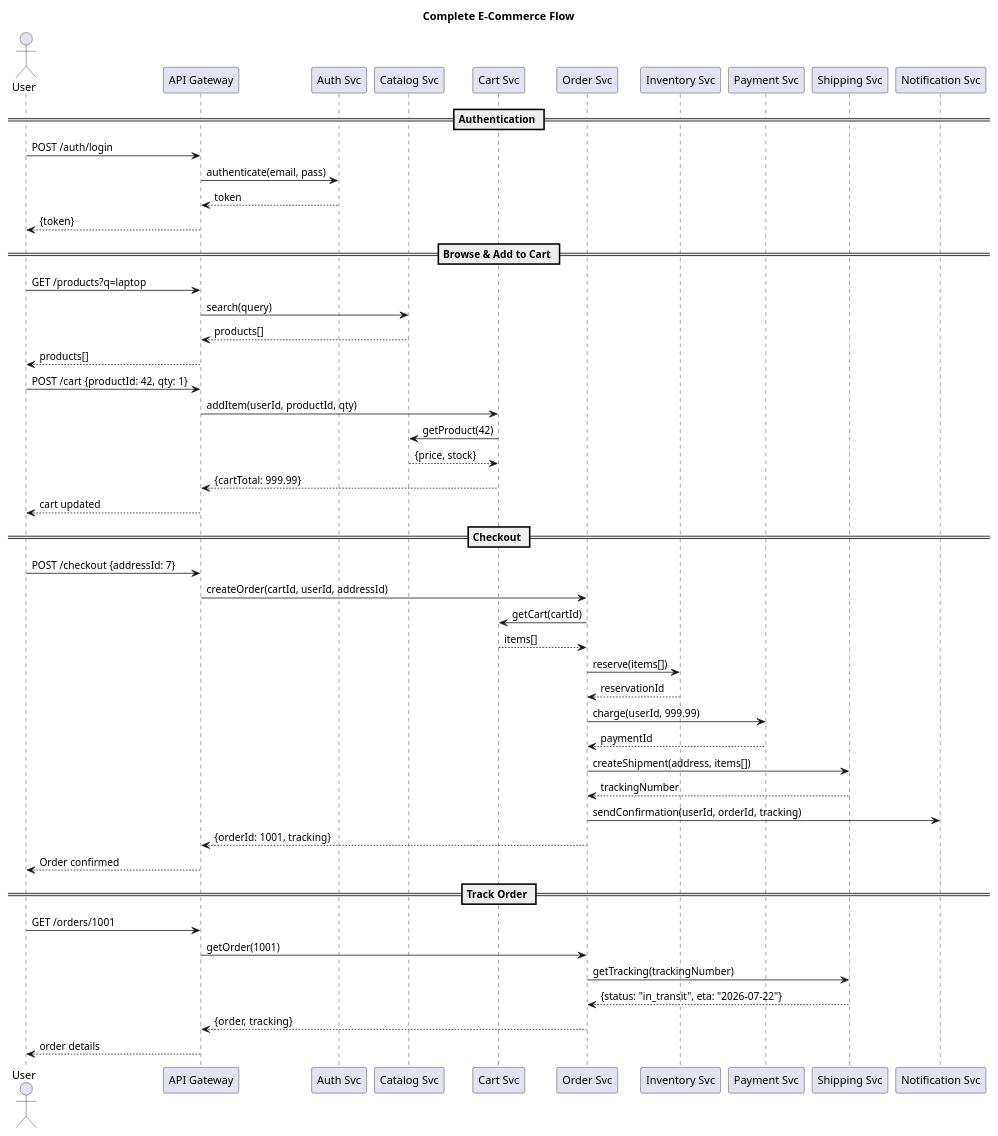
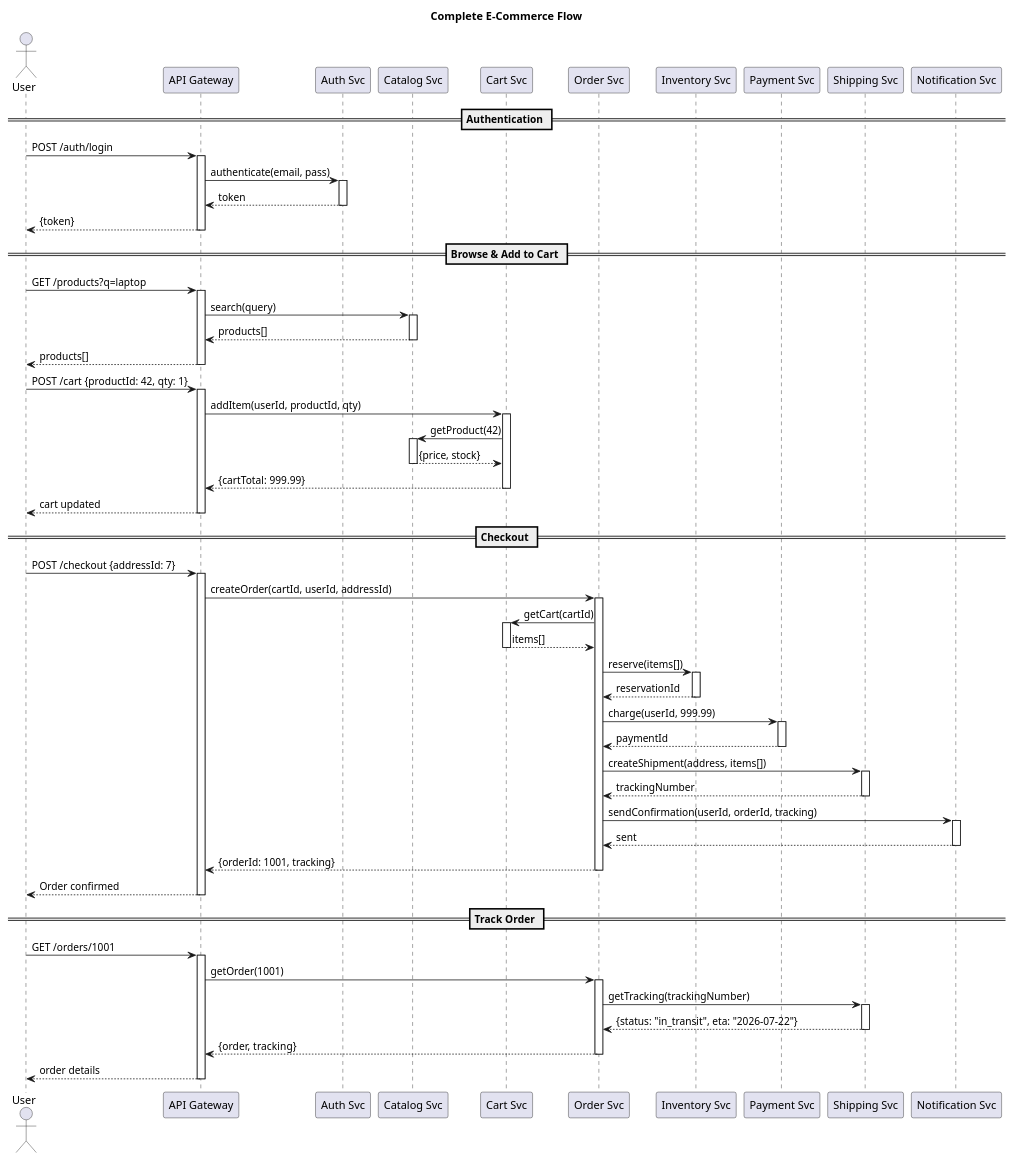
One commit to nochoco-lee/posit changed the diagram in test_scripts/gallery/plantuml_sequence/advanced_10.puml. Above: the diagram before and after it, drawn with PlantUML. The commit also changed 39 other files, not shown here.

First line of the commit message:
feat: rewrite all advanced diagrams with commonly-used features

```diff
--- a/test_scripts/gallery/plantuml_sequence/advanced_10.puml
+++ b/test_scripts/gallery/plantuml_sequence/advanced_10.puml
@@ -1,66 +1,102 @@
 @startuml
 title Complete E-Commerce Flow
 
 actor  User       as user
 participant "API Gateway" as gw
 participant "Auth Svc"    as auth
 participant "Catalog Svc" as cat
 participant "Cart Svc"    as cart
 participant "Order Svc"   as order
 participant "Inventory Svc" as inv
 participant "Payment Svc" as pay
 participant "Shipping Svc" as ship
 participant "Notification Svc" as notif
 
 == Authentication ==
 
 user -> gw : POST /auth/login
-gw -> auth : authenticate(email, pass)
-auth --> gw : token
-gw --> user : {token}
+activate gw
+  gw -> auth : authenticate(email, pass)
+  activate auth
+  auth --> gw : token
+  deactivate auth
+  gw --> user : {token}
+deactivate gw
 
 == Browse & Add to Cart ==
 
 user -> gw : GET /products?q=laptop
-gw -> cat : search(query)
-cat --> gw : products[]
-gw --> user : products[]
+activate gw
+  gw -> cat : search(query)
+  activate cat
+  cat --> gw : products[]
+  deactivate cat
+  gw --> user : products[]
+deactivate gw
 
 user -> gw : POST /cart {productId: 42, qty: 1}
-gw -> cart : addItem(userId, productId, qty)
-cart -> cat : getProduct(42)
-cat --> cart : {price, stock}
-cart --> gw : {cartTotal: 999.99}
-gw --> user : cart updated
+activate gw
+  gw -> cart : addItem(userId, productId, qty)
+  activate cart
+  cart -> cat : getProduct(42)
+  activate cat
+  cat --> cart : {price, stock}
+  deactivate cat
+  cart --> gw : {cartTotal: 999.99}
+  deactivate cart
+  gw --> user : cart updated
+deactivate gw
 
 == Checkout ==
 
 user -> gw : POST /checkout {addressId: 7}
-gw -> order : createOrder(cartId, userId, addressId)
+activate gw
+  gw -> order : createOrder(cartId, userId, addressId)
+  activate order
 
-order -> cart : getCart(cartId)
-cart --> order : items[]
+  order -> cart : getCart(cartId)
+  activate cart
+  cart --> order : items[]
+  deactivate cart
 
-order -> inv : reserve(items[])
-inv --> order : reservationId
+  order -> inv : reserve(items[])
+  activate inv
+  inv --> order : reservationId
+  deactivate inv
 
-order -> pay : charge(userId, 999.99)
-pay --> order : paymentId
+  order -> pay : charge(userId, 999.99)
+  activate pay
+  pay --> order : paymentId
+  deactivate pay
 
-order -> ship : createShipment(address, items[])
-ship --> order : trackingNumber
+  order -> ship : createShipment(address, items[])
+  activate ship
+  ship --> order : trackingNumber
+  deactivate ship
 
-order -> notif : sendConfirmation(userId, orderId, tracking)
+  order -> notif : sendConfirmation(userId, orderId, tracking)
+  activate notif
+  notif --> order : sent
+  deactivate notif
 
-order --> gw : {orderId: 1001, tracking}
-gw --> user : Order confirmed
+  order --> gw : {orderId: 1001, tracking}
+  deactivate order
+
+  gw --> user : Order confirmed
+deactivate gw
 
 == Track Order ==
 
 user -> gw : GET /orders/1001
-gw -> order : getOrder(1001)
-order -> ship : getTracking(trackingNumber)
-ship --> order : {status: "in_transit", eta: "2026-07-22"}
-order --> gw : {order, tracking}
-gw --> user : order details
+activate gw
+  gw -> order : getOrder(1001)
+  activate order
+  order -> ship : getTracking(trackingNumber)
+  activate ship
+  ship --> order : {status: "in_transit", eta: "2026-07-22"}
+  deactivate ship
+  order --> gw : {order, tracking}
+  deactivate order
+  gw --> user : order details
+deactivate gw
 @enduml
```
